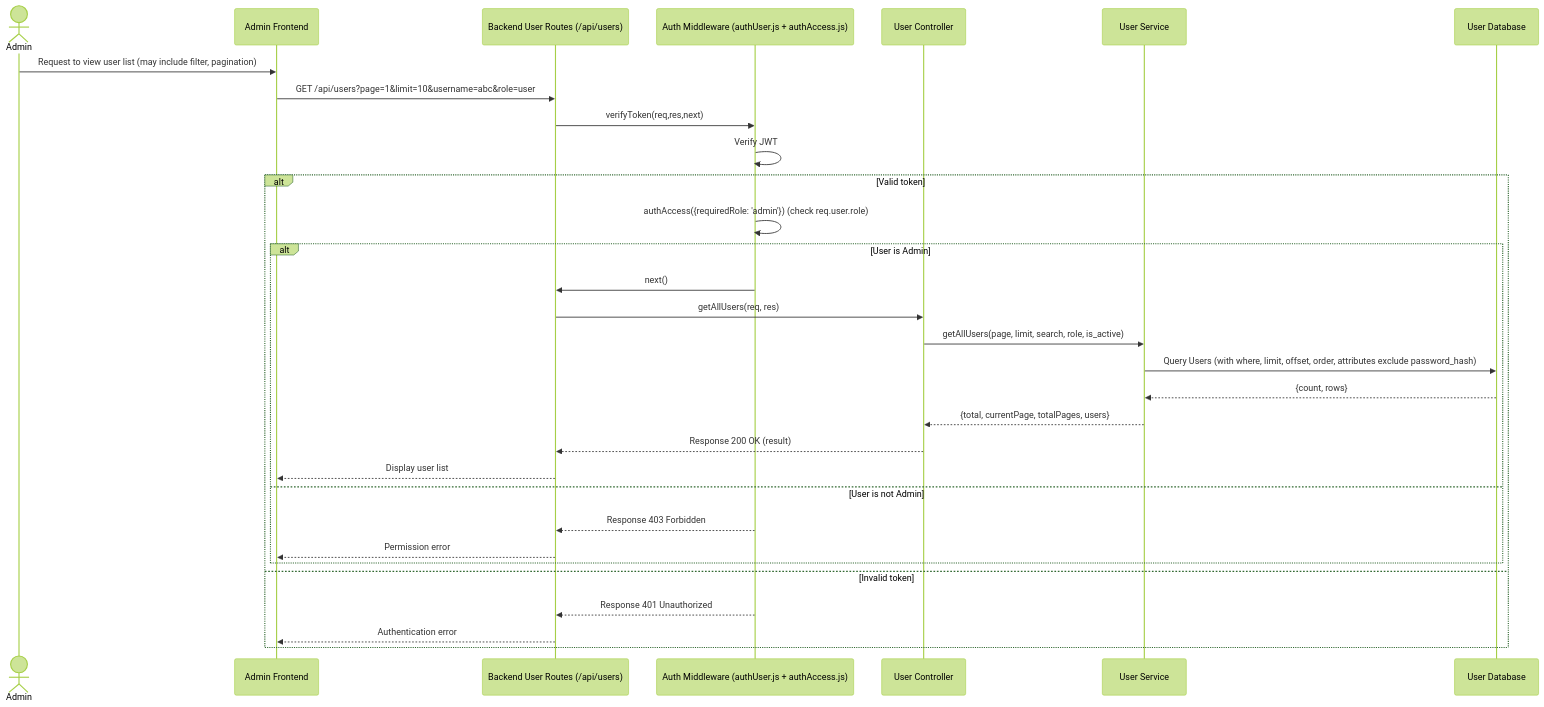
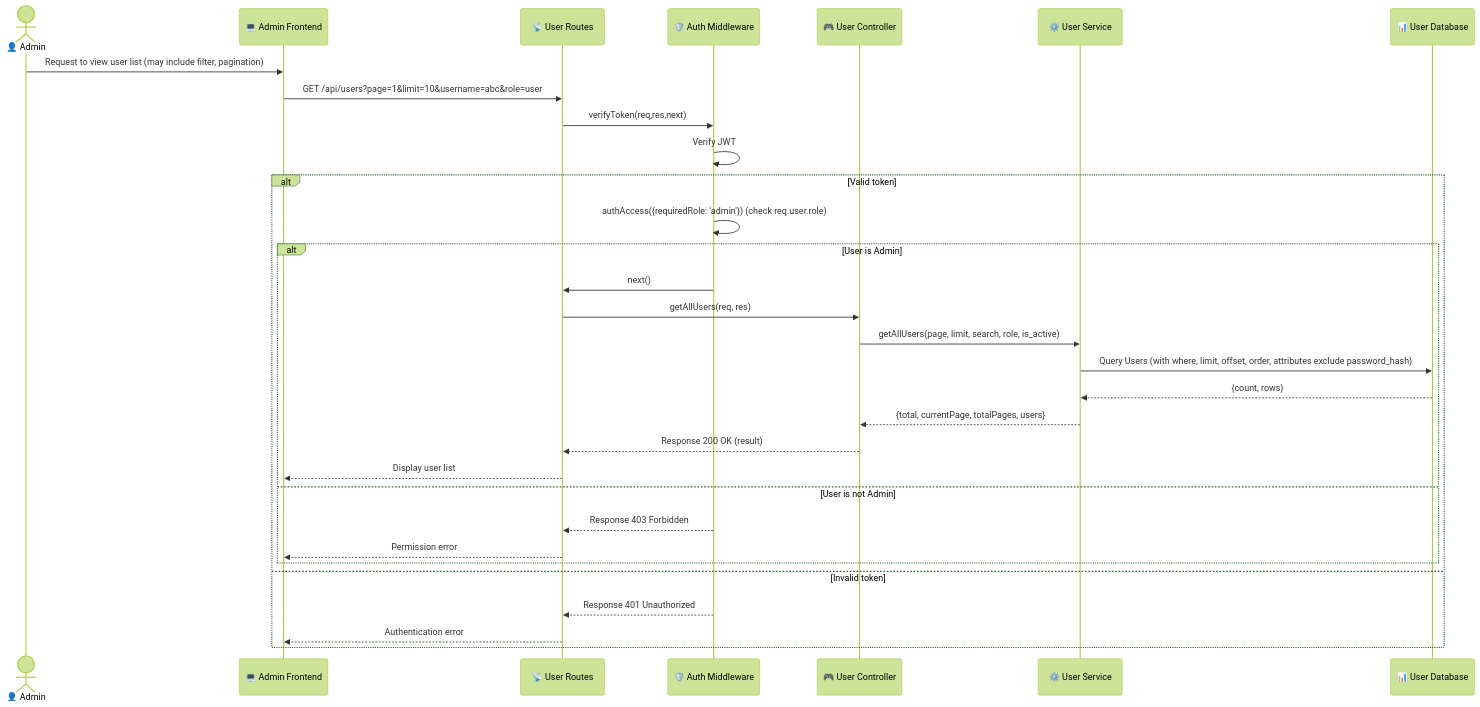
Before and after one commit to LoGGGG2402/computer-management-system: diagram 14 of 16 in backend/docs/flow.md, drawn with Mermaid (forest theme). The commit also changed other lines of this file and 60 other files, not shown here.

````diff
--- a/backend/docs/flow.md
+++ b/backend/docs/flow.md
@@ -624,34 +543,34 @@
 ```mermaid
 sequenceDiagram
-    actor AdminUser as Admin
-    participant AdminFE as Admin Frontend
-    participant BE_UserRoutes as Backend User Routes (/api/users)
-    participant AuthMiddleware as Auth Middleware (authUser.js + authAccess.js)
-    participant UserController as User Controller
-    participant UserService as User Service
-    participant UserDB as User Database
+    actor AdminUser as 👤 Admin
+    participant AdminFE as 💻 Admin Frontend
+    participant BE_UserRoutes as 📡 User Routes
+    participant AuthMiddleware as 🛡️ Auth Middleware
+    participant UserController as 🎮 User Controller
+    participant UserService as ⚙️ User Service
+    participant UserDB as 📊 User Database
 
     AdminUser->>AdminFE: Request to view user list (may include filter, pagination)
     AdminFE->>BE_UserRoutes: GET /api/users?page=1&limit=10&username=abc&role=user
     BE_UserRoutes->>AuthMiddleware: verifyToken(req,res,next)
     AuthMiddleware->>AuthMiddleware: Verify JWT
     alt Valid token
         AuthMiddleware->>AuthMiddleware: authAccess({requiredRole: 'admin'}) (check req.user.role)
         alt User is Admin
             AuthMiddleware->>BE_UserRoutes: next()
             BE_UserRoutes->>UserController: getAllUsers(req, res)
             UserController->>UserService: getAllUsers(page, limit, search, role, is_active)
             UserService->>UserDB: Query Users (with where, limit, offset, order, attributes exclude password_hash)
             UserDB-->>UserService: {count, rows}
             UserService-->>UserController: {total, currentPage, totalPages, users}
             UserController-->>BE_UserRoutes: Response 200 OK (result)
             BE_UserRoutes-->>AdminFE: Display user list
         else User is not Admin
             AuthMiddleware-->>BE_UserRoutes: Response 403 Forbidden
             BE_UserRoutes-->>AdminFE: Permission error
         end
     else Invalid token
         AuthMiddleware-->>BE_UserRoutes: Response 401 Unauthorized
         BE_UserRoutes-->>AdminFE: Authentication error
     end
 ```
````
